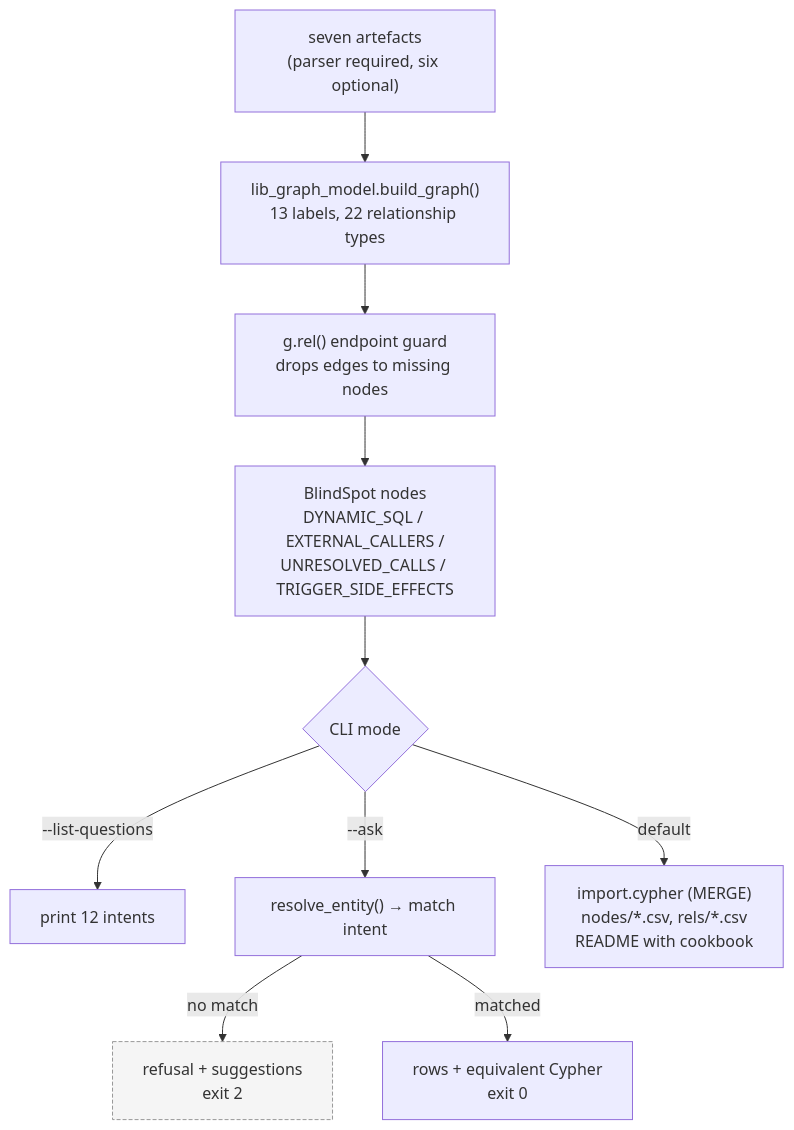
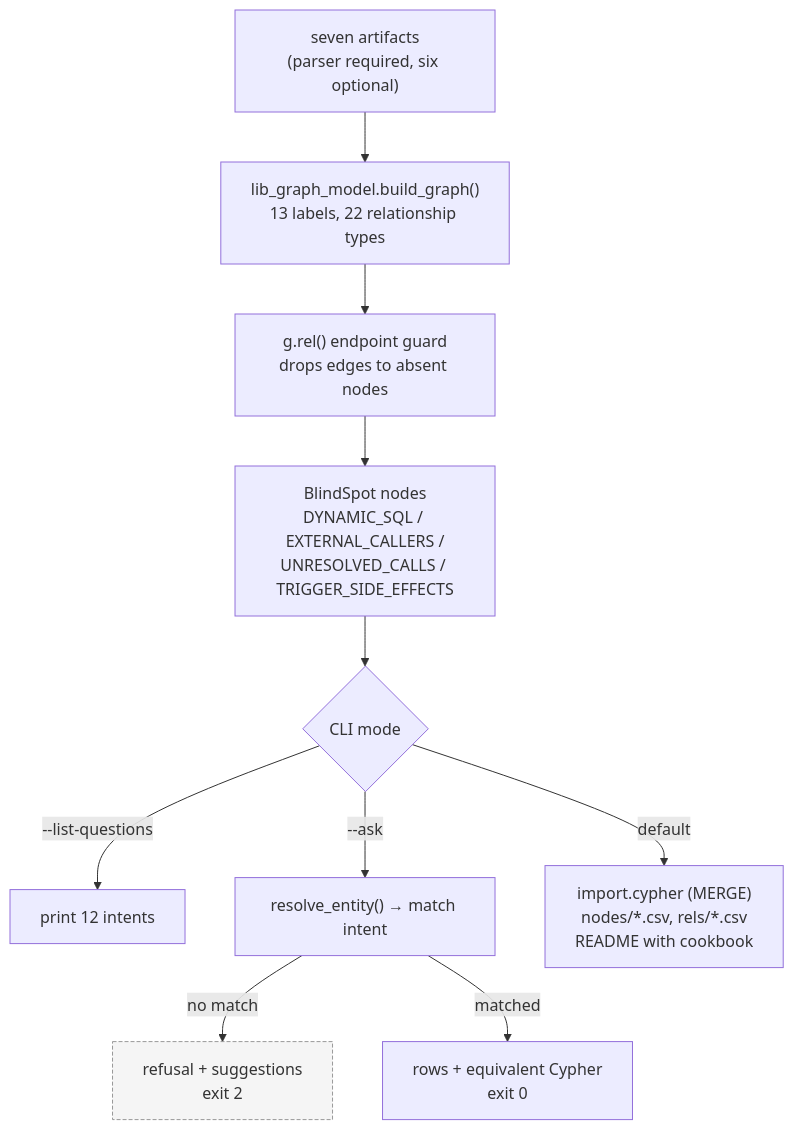
Before and after one commit to KrishnaAnnavaram/statute: diagram 16 of 17 in README.md, drawn with Mermaid. The commit also changed other lines of this file and 1 other file, not shown here.

````diff
--- a/README.md
+++ b/README.md
@@ -840,14 +1017,14 @@
 ```mermaid
 flowchart TD
-    ART["seven artefacts<br/>(parser required, six optional)"] --> BUILD["lib_graph_model.build_graph()<br/>13 labels, 22 relationship types"]
-    BUILD --> GUARD["g.rel() endpoint guard<br/>drops edges to missing nodes"]
+    ART["seven artifacts<br/>(parser required, six optional)"] --> BUILD["lib_graph_model.build_graph()<br/>13 labels, 22 relationship types"]
+    BUILD --> GUARD["g.rel() endpoint guard<br/>drops edges to absent nodes"]
     GUARD --> BS["BlindSpot nodes<br/>DYNAMIC_SQL / EXTERNAL_CALLERS /<br/>UNRESOLVED_CALLS / TRIGGER_SIDE_EFFECTS"]
     BS --> MODE{"CLI mode"}
     MODE -->|--list-questions| LIST["print 12 intents"]
     MODE -->|--ask| ASK["resolve_entity() → match intent"]
     ASK -->|no match| REFUSE["refusal + suggestions<br/>exit 2"]
     ASK -->|matched| ANSWER["rows + equivalent Cypher<br/>exit 0"]
     MODE -->|default| EXP["import.cypher (MERGE)<br/>nodes/*.csv, rels/*.csv<br/>README with cookbook"]
     classDef refuse fill:#f5f5f5,stroke:#999,stroke-dasharray: 4 2
     class REFUSE refuse
 ```
````
